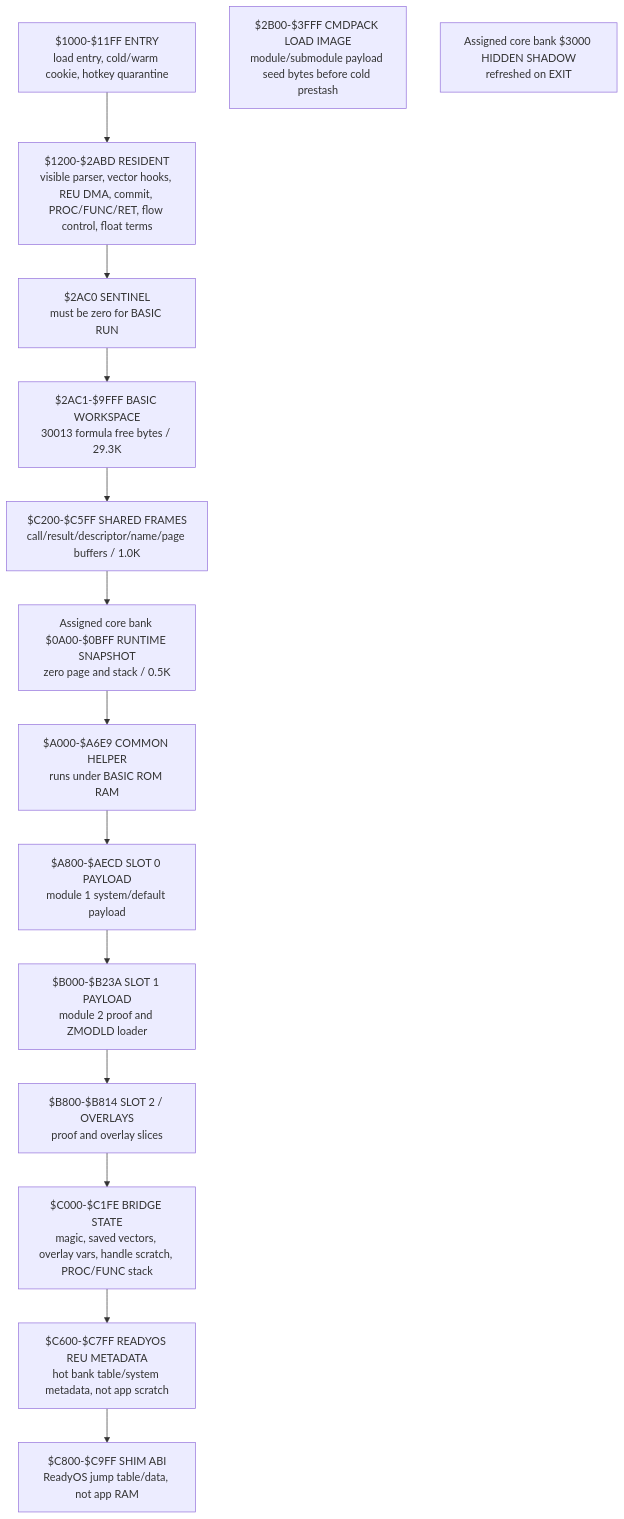
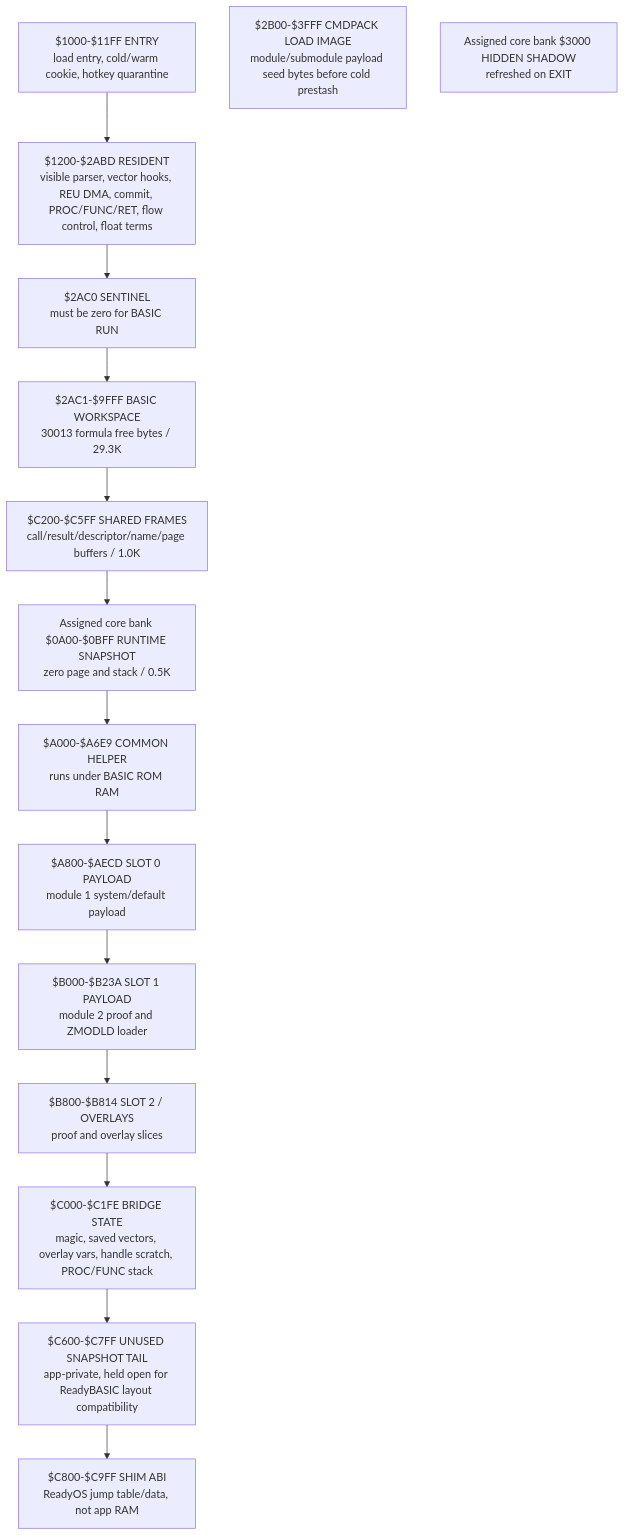
One commit to ReadyOS-C64/ReadyOs changed the first of 8 diagrams in src/apps/readybasic/READYBASIC_LIFECYCLE_AND_REU_ARCHITECTURE.md. Above: the diagram before and after it, drawn with Mermaid. The commit also changed other lines of this file and 346 other files, not shown here.

Commit message:
Unify ReadyOS bank state and refresh documentation

````diff
--- a/src/apps/readybasic/READYBASIC_LIFECYCLE_AND_REU_ARCHITECTURE.md
+++ b/src/apps/readybasic/READYBASIC_LIFECYCLE_AND_REU_ARCHITECTURE.md
@@ -140,21 +140,21 @@
 ```mermaid
 flowchart TB
   A["$1000-$11FF ENTRY<br/>load entry, cold/warm cookie, hotkey quarantine"]
   B["$1200-$2ABD RESIDENT<br/>visible parser, vector hooks, REU DMA, commit, PROC/FUNC/RET, flow control, float terms"]
   C["$2AC0 SENTINEL<br/>must be zero for BASIC RUN"]
   D["$2AC1-$9FFF BASIC WORKSPACE<br/>30013 formula free bytes / 29.3K"]
   E["$2B00-$3FFF CMDPACK LOAD IMAGE<br/>module/submodule payload seed bytes before cold prestash"]
   F["Assigned core bank $0A00-$0BFF RUNTIME SNAPSHOT<br/>zero page and stack / 0.5K"]
   G["$C200-$C5FF SHARED FRAMES<br/>call/result/descriptor/name/page buffers / 1.0K"]
   I["Assigned core bank $3000 HIDDEN SHADOW<br/>refreshed on EXIT"]
   J["$A000-$A6E9 COMMON HELPER<br/>runs under BASIC ROM RAM"]
   K["$A800-$AECD SLOT 0 PAYLOAD<br/>module 1 system/default payload"]
   O["$B000-$B23A SLOT 1 PAYLOAD<br/>module 2 proof and ZMODLD loader"]
   P["$B800-$B814 SLOT 2 / OVERLAYS<br/>proof and overlay slices"]
   L["$C000-$C1FE BRIDGE STATE<br/>magic, saved vectors, overlay vars, handle scratch, PROC/FUNC stack"]
-  M["$C600-$C7FF READYOS REU METADATA<br/>hot bank table/system metadata, not app scratch"]
+  M["$C600-$C7FF UNUSED SNAPSHOT TAIL<br/>app-private, held open for ReadyBASIC layout compatibility"]
   N["$C800-$C9FF SHIM ABI<br/>ReadyOS jump table/data, not app RAM"]
 
   A --> B --> C --> D --> G
   G --> F --> J --> K --> O --> P --> L --> M --> N
 ```
````
